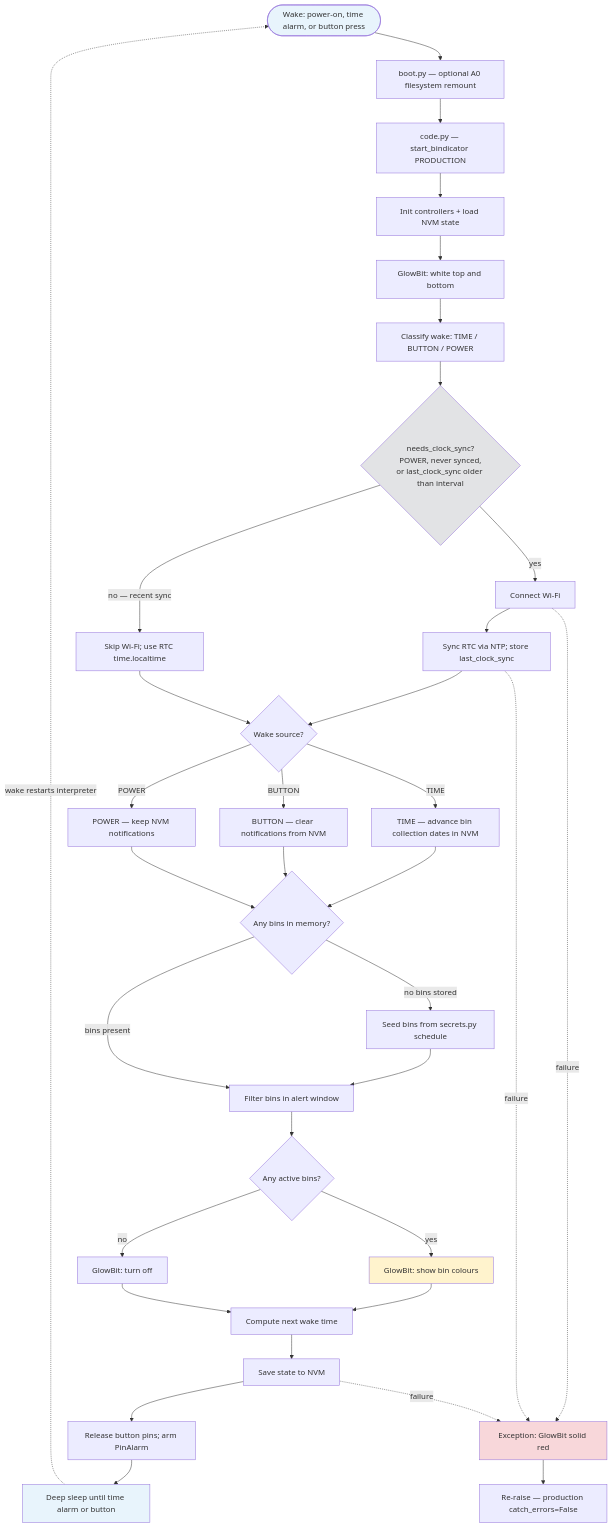
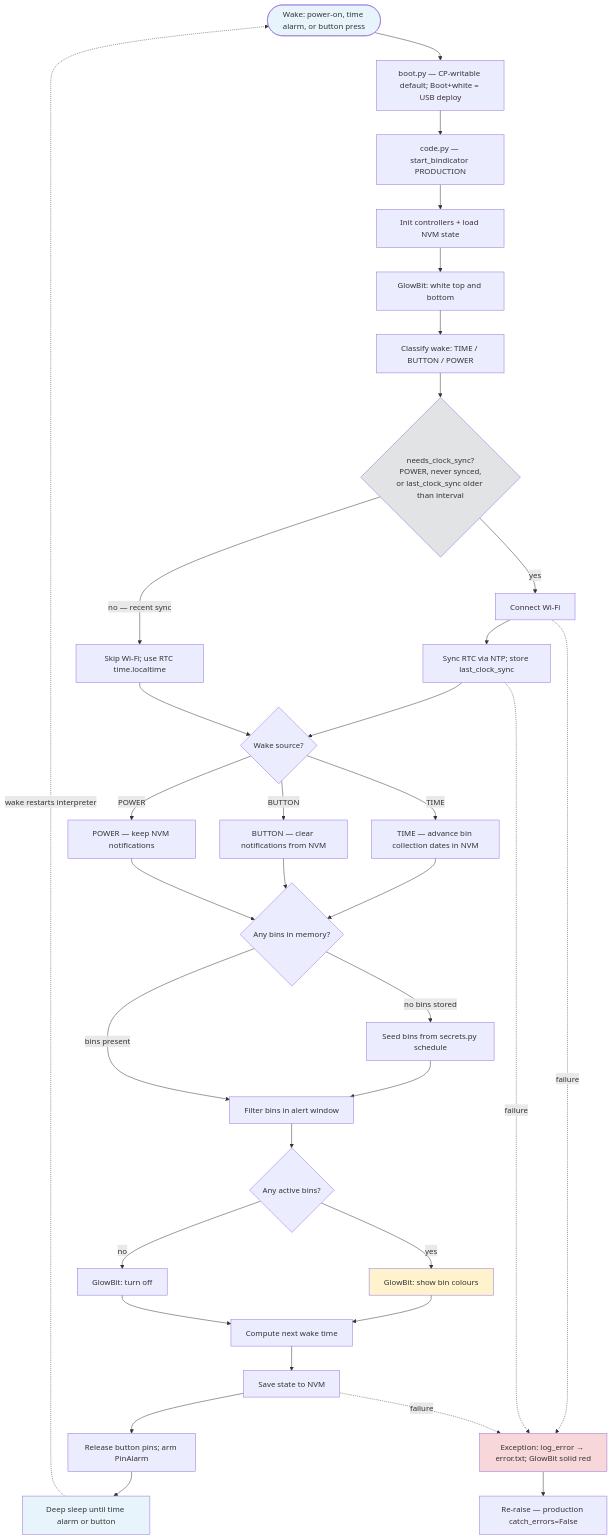
One commit to morpha1337/PyBindicator changed the diagram in AGENTS.md. Above: the diagram before and after it, drawn with Mermaid. The commit also changed other lines of this file and 7 other files, not shown here.

````diff
--- a/AGENTS.md
+++ b/AGENTS.md
@@ -205,54 +235,54 @@
 ```mermaid
 flowchart TD
     Wake([Wake: power-on, time alarm, or button press])
-    Boot[boot.py — optional A0 filesystem remount]
+    Boot[boot.py — CP-writable default; Boot+white = USB deploy]
     Entry[code.py — start_bindicator PRODUCTION]
     Init[Init controllers + load NVM state]
     Startup[GlowBit: white top and bottom]
     WakeReason[Classify wake: TIME / BUTTON / POWER]
     NeedSync{needs_clock_sync?\nPOWER, never synced,\nor last_clock_sync older than interval}
     WiFi[Connect Wi-Fi]
     NTP[Sync RTC via NTP; store last_clock_sync]
     UseRTC[Skip Wi-Fi; use RTC time.localtime]
     WakeBranch{Wake source?}
     UpdateBins[TIME — advance bin collection dates in NVM]
     ClearBins[BUTTON — clear notifications from NVM]
     PowerNop[POWER — keep NVM notifications]
     Empty{Any bins in memory?}
     Seed[Seed bins from secrets.py schedule]
     Filter[Filter bins in alert window]
     Active{Any active bins?}
     ShowLights[GlowBit: show bin colours]
     LightsOff[GlowBit: turn off]
     NextWake[Compute next wake time]
     Save[Save state to NVM]
     PinAlarm[Release button pins; arm PinAlarm]
     Sleep[Deep sleep until time alarm or button]
-    Error[Exception: GlowBit solid red]
+    Error[Exception: log_error → error.txt; GlowBit solid red]
     Rethrow[Re-raise — production catch_errors=False]
 
     Wake --> Boot --> Entry --> Init --> Startup --> WakeReason --> NeedSync
     NeedSync -->|yes| WiFi --> NTP --> WakeBranch
     NeedSync -->|no — recent sync| UseRTC --> WakeBranch
     WakeBranch -->|TIME| UpdateBins --> Empty
     WakeBranch -->|BUTTON| ClearBins --> Empty
     WakeBranch -->|POWER| PowerNop --> Empty
     Empty -->|no bins stored| Seed --> Filter
     Empty -->|bins present| Filter
     Filter --> Active
     Active -->|yes| ShowLights --> NextWake
     Active -->|no| LightsOff --> NextWake
     NextWake --> Save --> PinAlarm --> Sleep
     Sleep -.->|wake restarts interpreter| Wake
 
     WiFi -.->|failure| Error
     NTP -.->|failure| Error
     Save -.->|failure| Error
     Error --> Rethrow
 
     style Wake fill:#e8f4fc
     style Sleep fill:#e8f4fc
     style ShowLights fill:#fff3cd
     style Error fill:#f8d7da
     style NeedSync fill:#e2e3e5
 ```
````
